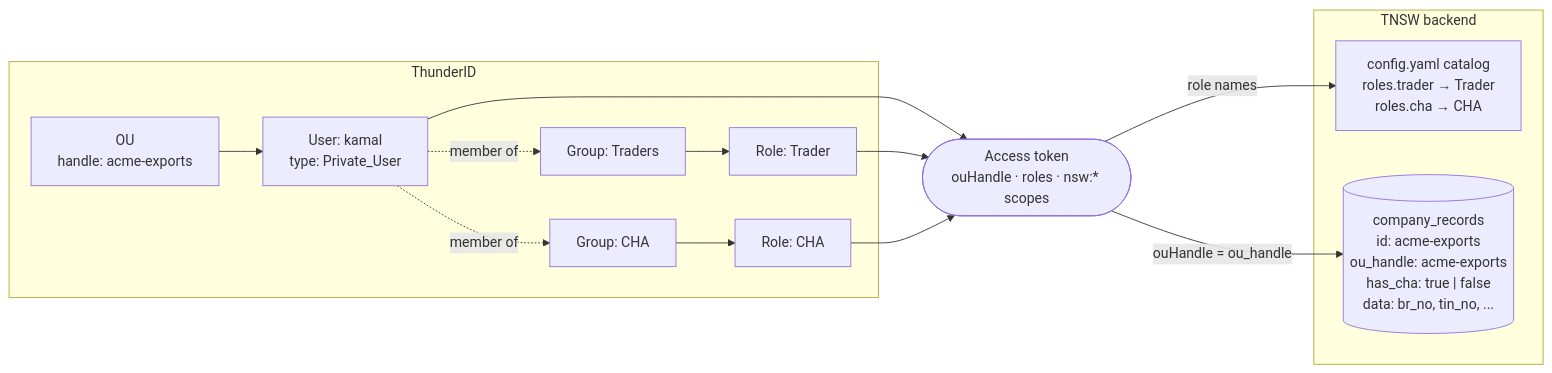
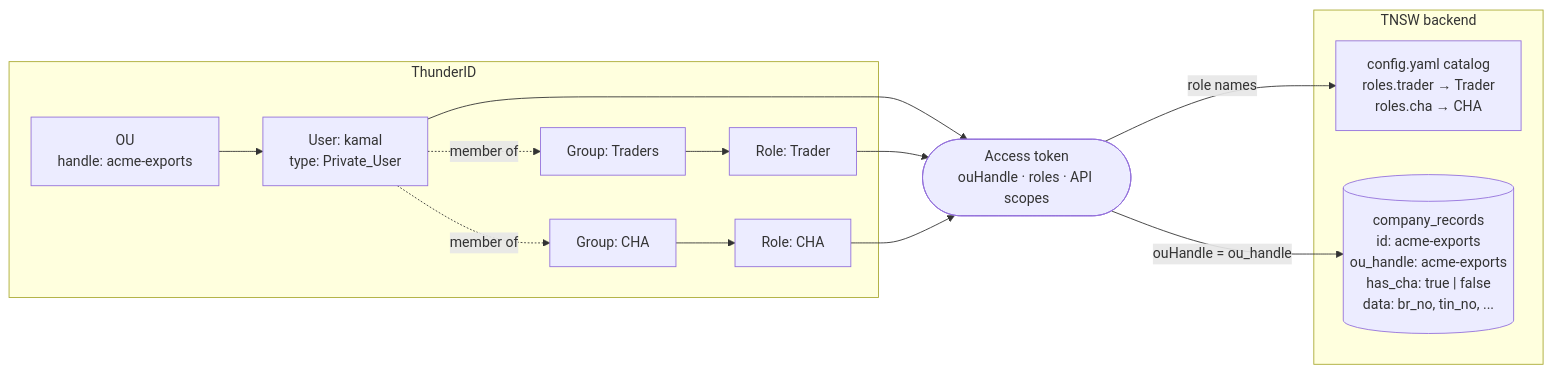
The diagram in docs/guides/onboarding-traders-and-chas.md (OpenNSW/nsw-srilanka), drawn with Mermaid before and after one commit. The commit also changed other lines of this file and 54 other files, not shown here.

First line of the commit message:
refactor(scopes)!: drop the nsw prefix from API scopes (#1040)

````diff
--- a/docs/guides/onboarding-traders-and-chas.md
+++ b/docs/guides/onboarding-traders-and-chas.md
@@ -17,29 +17,29 @@
 ```mermaid
 flowchart LR
     subgraph idp["ThunderID"]
         ou["OU<br/>handle: acme-exports"]
         user["User: kamal<br/>type: Private_User"]
         gT["Group: Traders"]
         gC["Group: CHA"]
         rT["Role: Trader"]
         rC["Role: CHA"]
         ou --> user
         user -. member of .-> gT
         user -. member of .-> gC
         gT --> rT
         gC --> rC
     end
 
-    token(["Access token<br/>ouHandle · roles · nsw:* scopes"])
+    token(["Access token<br/>ouHandle · roles · API scopes"])
 
     subgraph tnsw["TNSW backend"]
         catalog["config.yaml catalog<br/>roles.trader → Trader<br/>roles.cha → CHA"]
         company[("company_records<br/>id: acme-exports<br/>ou_handle: acme-exports<br/>has_cha: true | false<br/>data: br_no, tin_no, ...")]
     end
 
     user --> token
     rT --> token
     rC --> token
     token -- "ouHandle = ou_handle" --> company
     token -- "role names" --> catalog
 ```
````
